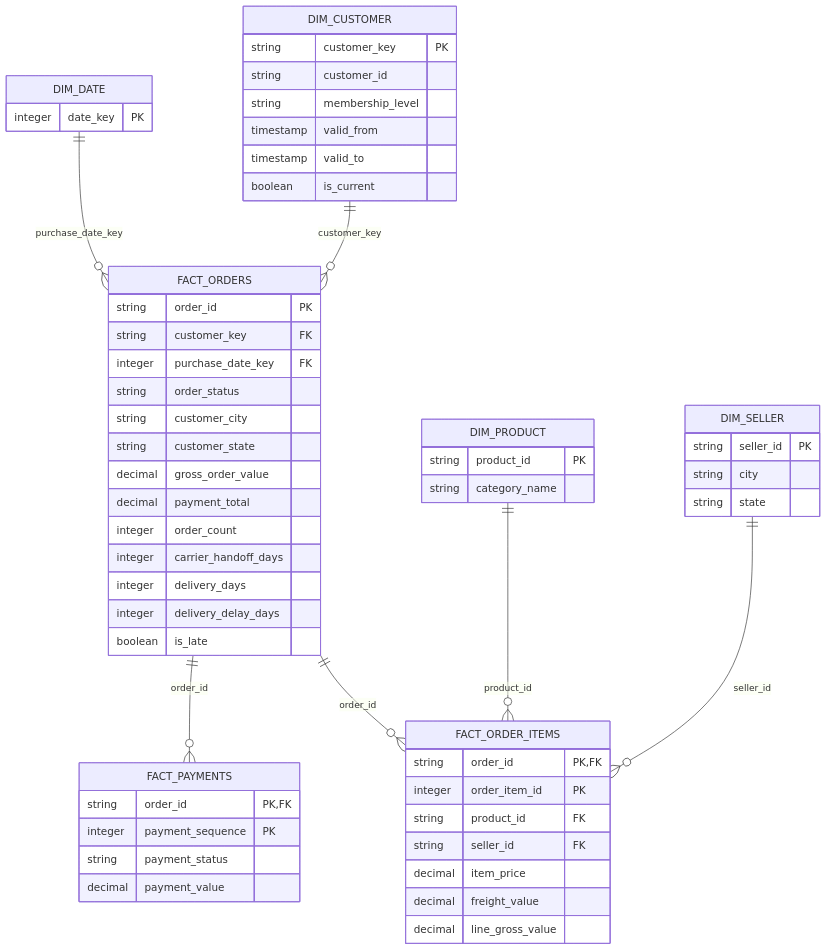
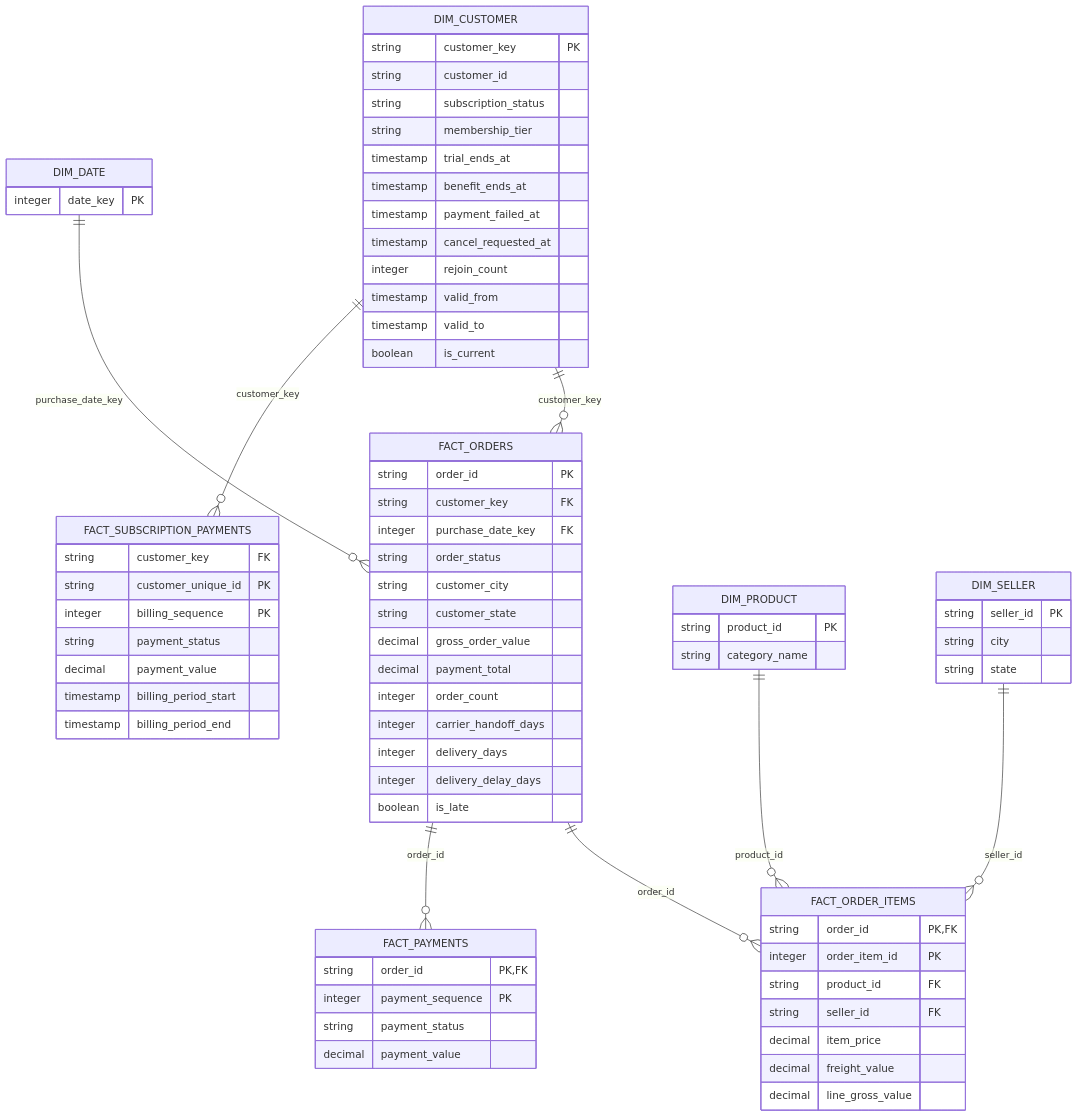
The diagram in docs/architecture/00-data-transformation-flow.md (khangte/commerce-data-platform), drawn with Mermaid before and after one commit. The commit also changed other lines of this file and 2 other files, not shown here.

First line of the commit message:
docs: 변경된 Fact/Dim 스키마를 데이터 변환 흐름 문서에 동기화

````diff
--- a/docs/architecture/00-data-transformation-flow.md
+++ b/docs/architecture/00-data-transformation-flow.md
@@ -409,6 +422,7 @@
 ```mermaid
 erDiagram
     DIM_CUSTOMER ||--o{ FACT_ORDERS : customer_key
+    DIM_CUSTOMER ||--o{ FACT_SUBSCRIPTION_PAYMENTS : customer_key
     DIM_DATE ||--o{ FACT_ORDERS : purchase_date_key
     FACT_ORDERS ||--o{ FACT_ORDER_ITEMS : order_id
     FACT_ORDERS ||--o{ FACT_PAYMENTS : order_id
@@ -418,7 +432,13 @@
     DIM_CUSTOMER {
         string customer_key PK
         string customer_id
-        string membership_level
+        string subscription_status
+        string membership_tier
+        timestamp trial_ends_at
+        timestamp benefit_ends_at
+        timestamp payment_failed_at
+        timestamp cancel_requested_at
+        integer rejoin_count
         timestamp valid_from
         timestamp valid_to
         boolean is_current
@@ -471,4 +491,14 @@
         string payment_status
         decimal payment_value
     }
+
+    FACT_SUBSCRIPTION_PAYMENTS {
+        string customer_key FK
+        string customer_unique_id PK
+        integer billing_sequence PK
+        string payment_status
+        decimal payment_value
+        timestamp billing_period_start
+        timestamp billing_period_end
+    }
 ```
````
